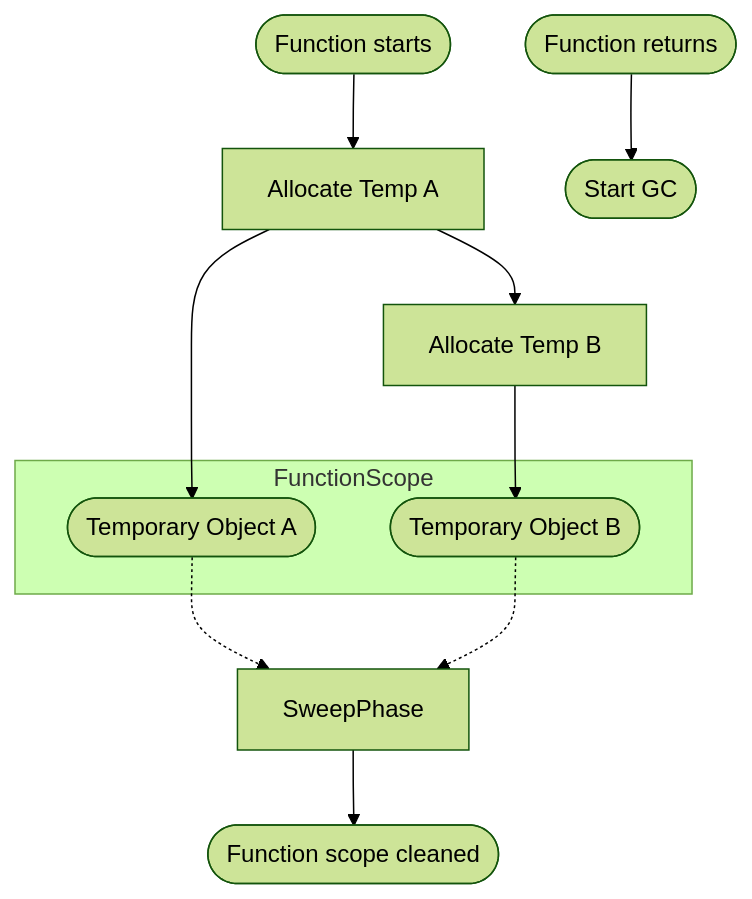
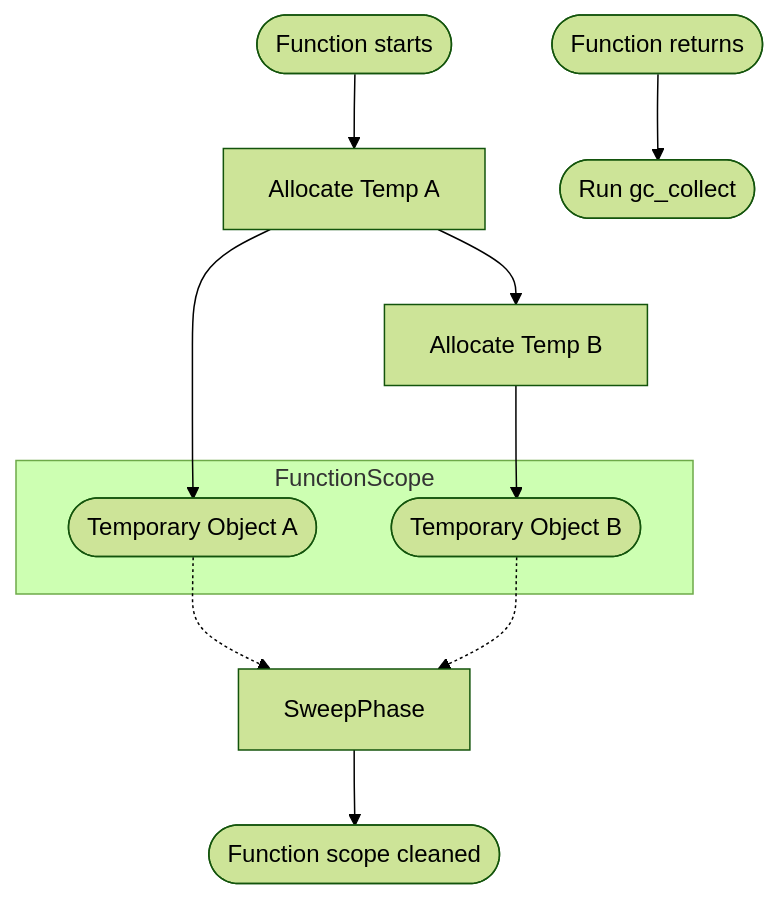
The second of 4 diagrams in README.md (MyNameIsTrez/ft-gc), drawn with Mermaid (forest theme) before and after one commit. The commit also changed other lines of this file, not shown here.

````diff
--- a/README.md
+++ b/README.md
@@ -102,15 +107,15 @@
 ```mermaid
 flowchart TD
     subgraph FunctionScope
         Temp1([Temporary Object A])
         Temp2([Temporary Object B])
     end
 
     StartFunc([Function starts]) --> AllocTemp1[Allocate Temp A] --> Temp1
     AllocTemp1 --> AllocTemp2[Allocate Temp B] --> Temp2
 
-    FunctionEnd([Function returns]) --> GCStart([Start GC])
+    FunctionEnd([Function returns]) --> GCStart([Run gc_collect])
     Temp1 -.-> SweepPhase
     Temp2 -.-> SweepPhase
     SweepPhase --> End([Function scope cleaned])
 ```
````
